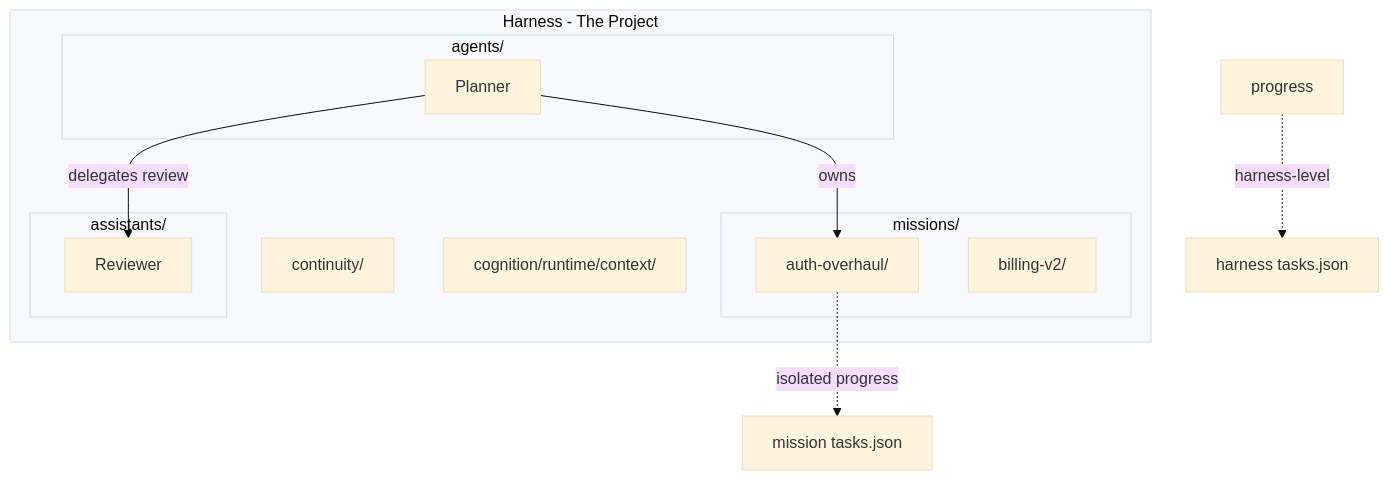
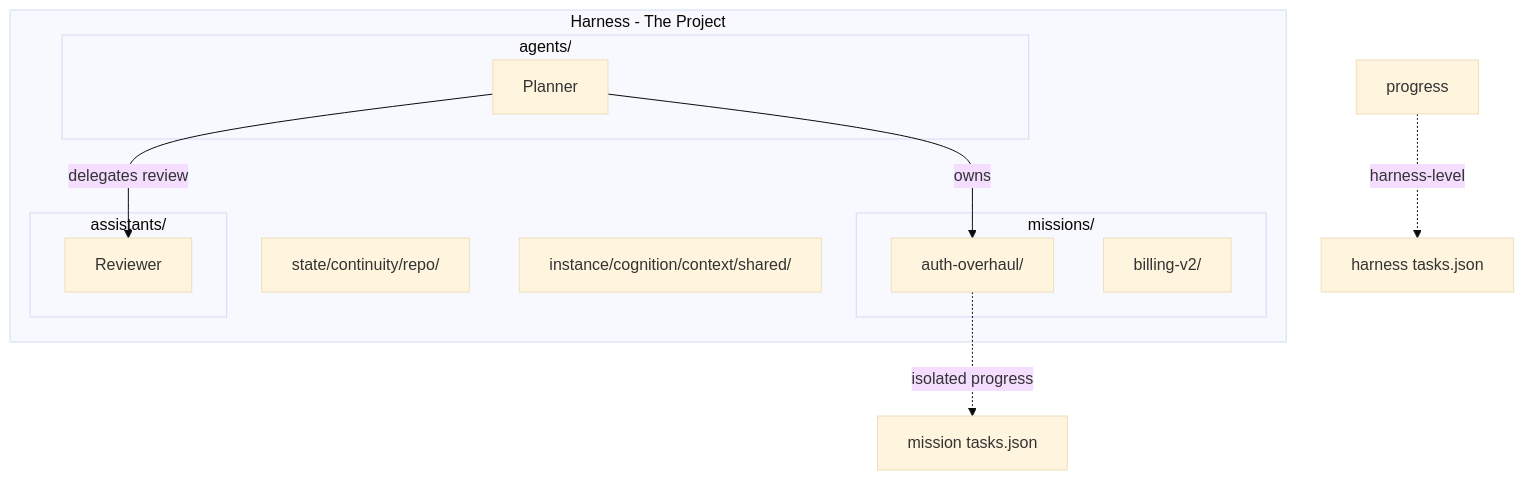
Before and after one commit to jamesryancooper/octon: the second of 2 diagrams in .octon/framework/orchestration/_meta/architecture/missions.md, drawn with Mermaid (base theme). The commit also changed other lines of this file and 133 other files, not shown here.

````diff
--- a/.octon/framework/orchestration/_meta/architecture/missions.md
+++ b/.octon/framework/orchestration/_meta/architecture/missions.md
@@ -147,25 +147,25 @@
 ```mermaid
 graph TB
     subgraph harness [Harness - The Project]
-        continuity[continuity/]
-        context[cognition/runtime/context/]
+        continuity[state/continuity/repo/]
+        context[instance/cognition/context/shared/]
         
         subgraph missions [missions/]
             m1[auth-overhaul/]
             m2[billing-v2/]
         end
         
         subgraph agents_box [agents/]
             planner[Planner]
         end
         
         subgraph assistants_box [assistants/]
             reviewer[Reviewer]
         end
     end
     
     planner -->|owns| m1
     planner -->|delegates review| reviewer
     m1 -.->|isolated progress| m1_progress[mission tasks.json]
     progress -.->|harness-level| ws_tasks[harness tasks.json]
 ```
````
